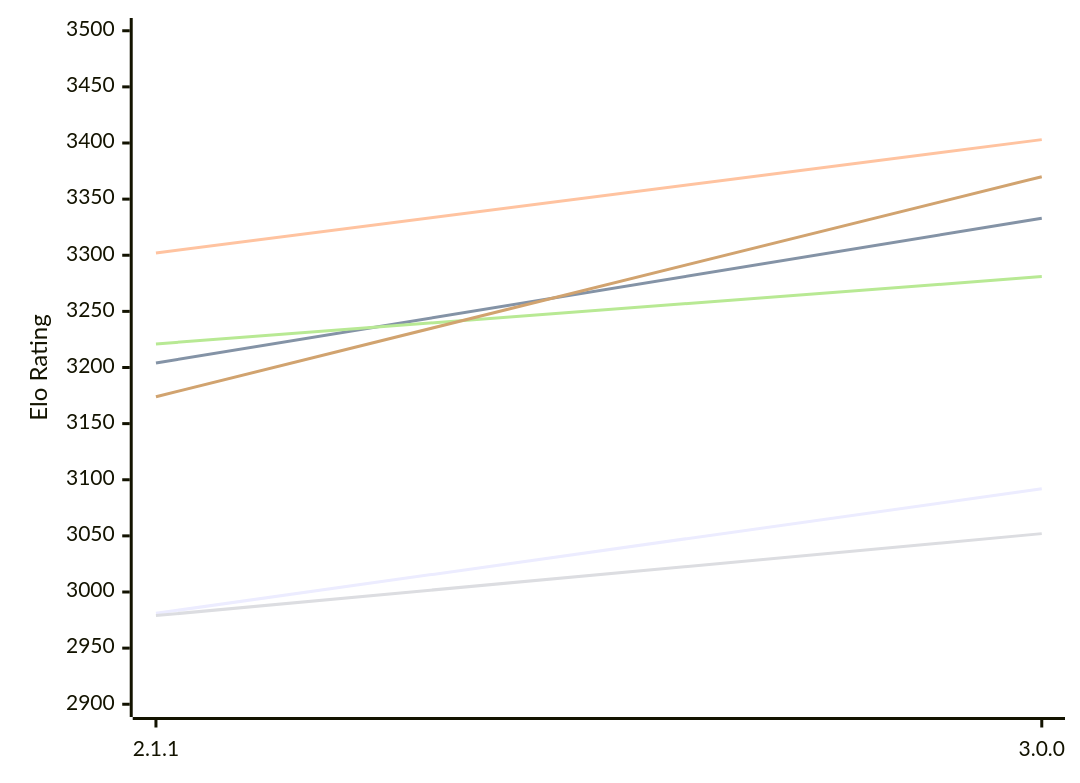
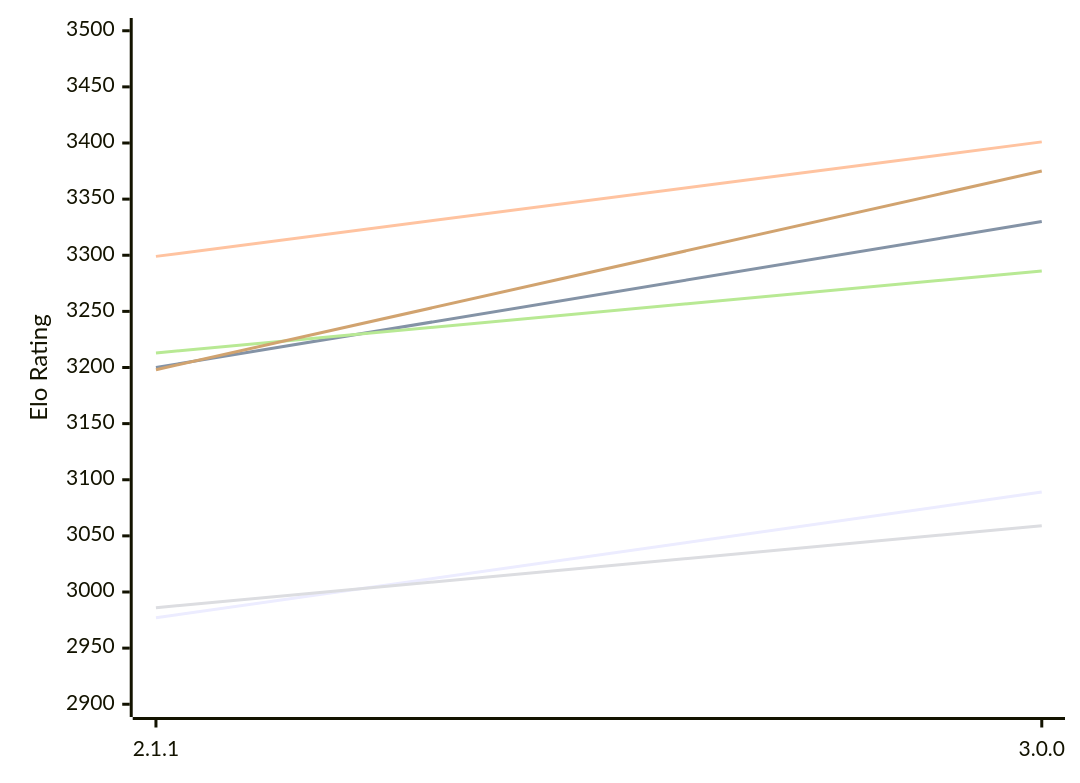
The first of 2 diagrams in engines/Bread.md (computer-chess-index/cci), drawn with Mermaid before and after one commit. The commit also changed other lines of this file, not shown here.

Commit message:
Update CCI Ratings (ELO VLTC) - 2026-11-21

````diff
--- a/engines/Bread.md
+++ b/engines/Bread.md
@@ -51,12 +51,12 @@
 ```mermaid
 %%{init: {"theme":"base","themeVariables":{"seriesColors:['#a3a3a3','#222221','#faa371']}}}%%
 xychart-beta
   x-axis ["2.1.1", "3.0.0"]
   y-axis "Elo Rating" 2900 --> 3500
-  line "E1: STC (8.0+0.08s)" [2981, 3092]
-  line "E1: LTC (60.0+0.60s)" [3204, 3333]
-  line "E1: VLTC (2m24s+1.12s)" [3302, 3403]
-  line "P1: STC (8.0+0.08s)" [2979, 3052]
-  line "P1: LTC (60.0+0.60s)" [3221, 3281]
-  line "P1: VLTC (2m24s+1.12s)" [3174, 3370]
+  line "E1: STC (8.0+0.08s)" [2977, 3089]
+  line "E1: LTC (60.0+0.60s)" [3200, 3330]
+  line "E1: VLTC (2m24s+1.12s)" [3299, 3401]
+  line "P1: STC (8.0+0.08s)" [2986, 3059]
+  line "P1: LTC (60.0+0.60s)" [3213, 3286]
+  line "P1: VLTC (2m24s+1.12s)" [3198, 3375]
 ```
````
